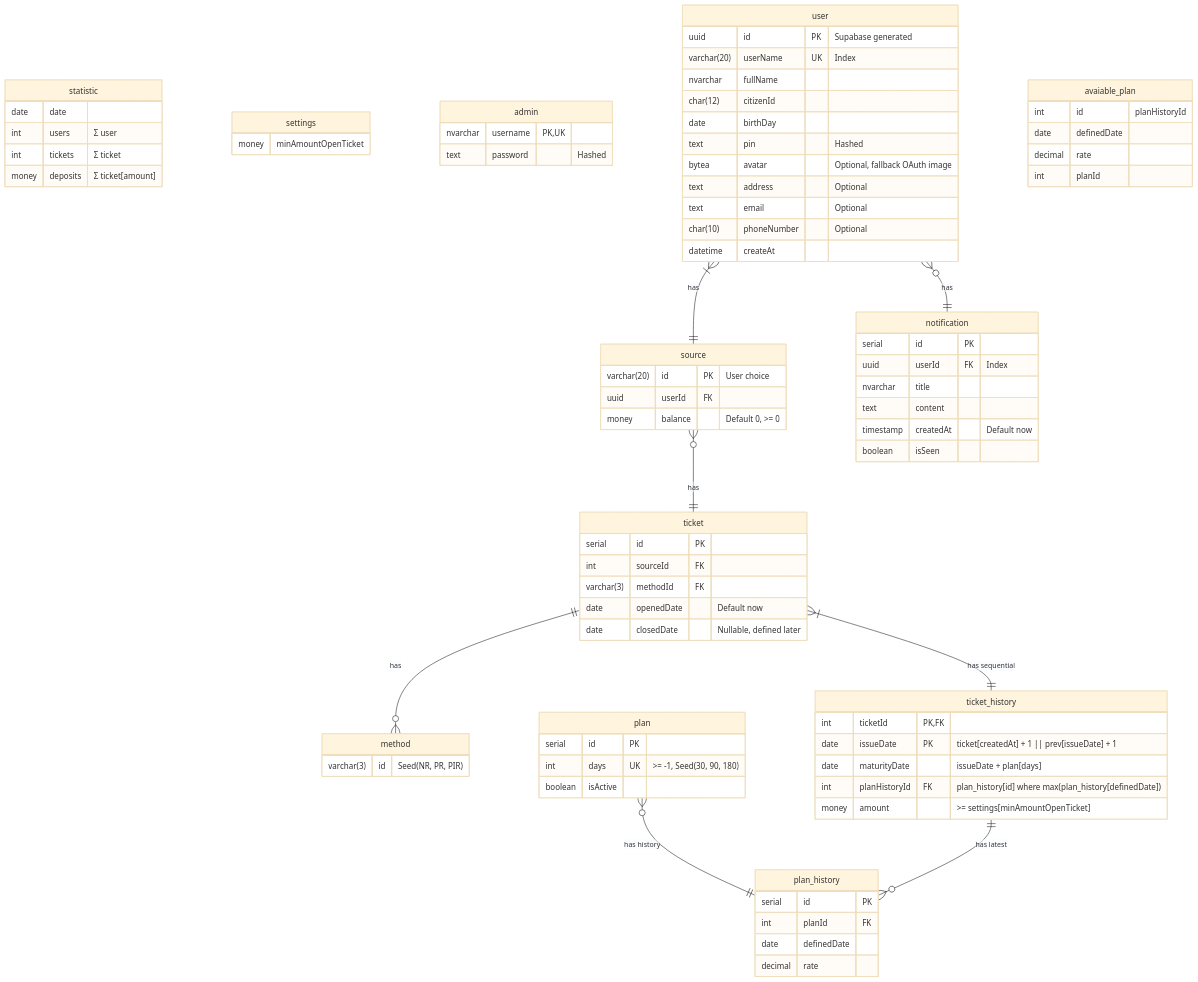
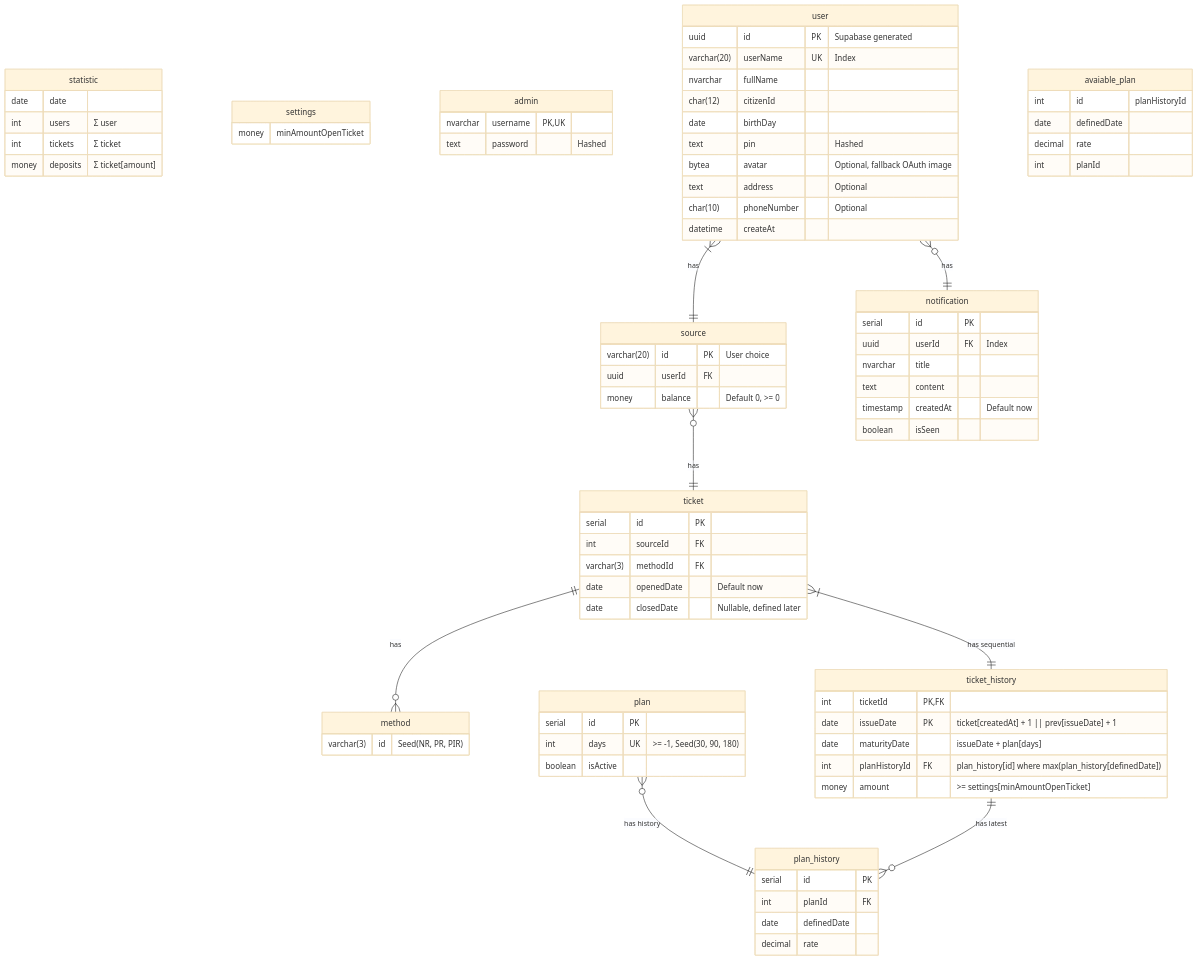
Before and after one commit to coinhub-uit/coinhub-uit.github.io: the diagram in docs/diagrams/database.md, drawn with Mermaid (base theme).

Commit message:
fix(db): no user email

```diff
--- a/docs/diagrams/database.md
+++ b/docs/diagrams/database.md
@@ -31,7 +31,6 @@
     text pin "Hashed"
     bytea avatar "Optional, fallback OAuth image"
     text address "Optional"
-    text email "Optional"
     char(10) phoneNumber "Optional"
     datetime createAt
   }
```
